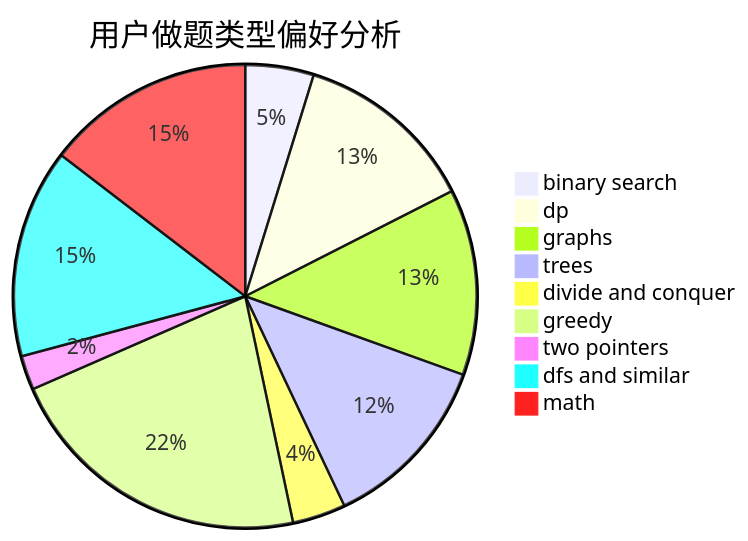
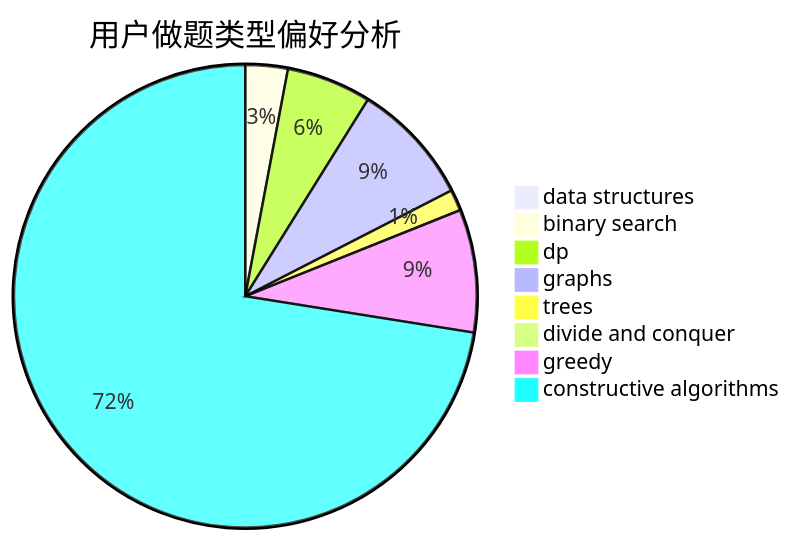
Before and after one commit to sherpahu/cfrs.github.io: the second of 3 diagrams in docs/user/u494.md, drawn with Mermaid. The commit also changed other lines of this file and 2775 other files, not shown here.

````diff
--- a/docs/user/u494.md
+++ b/docs/user/u494.md
@@ -23,12 +23,11 @@
 ```mermaid
 pie title 用户做题类型偏好分析
-    "binary search" :  18
-    "dp" :  48
-    "graphs" :  49
-    "trees" :  47
-    "divide and conquer" :  14
-    "greedy" :  82
-    "two pointers" :  9
-    "dfs and similar" :  55
-    "math" :  55
+    "data structures" :  0
+    "binary search" :  10
+    "dp" :  20
+    "graphs" :  29
+    "trees" :  5
+    "divide and conquer" :  1
+    "greedy" :  29
+    "constructive algorithms" :  245
 ```
````
